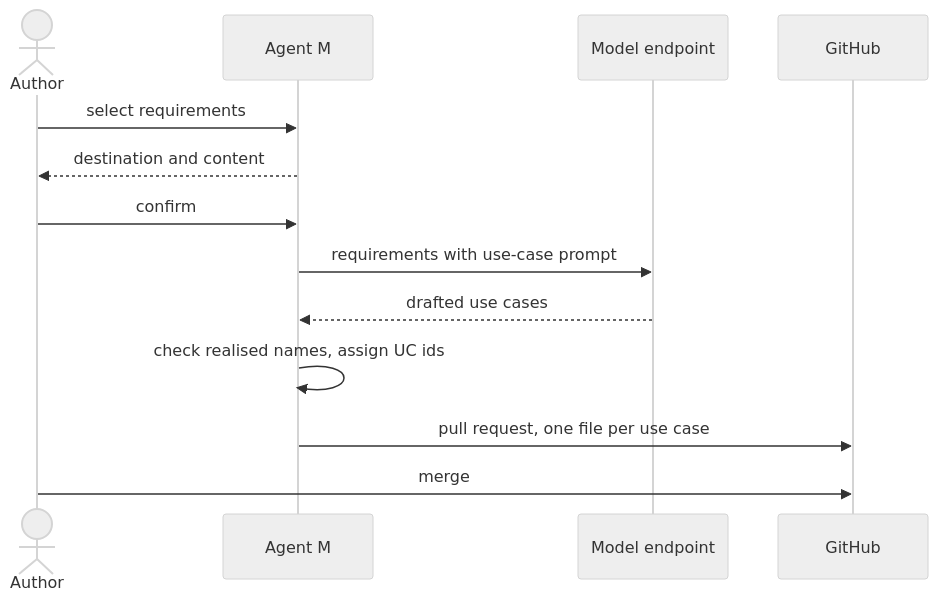
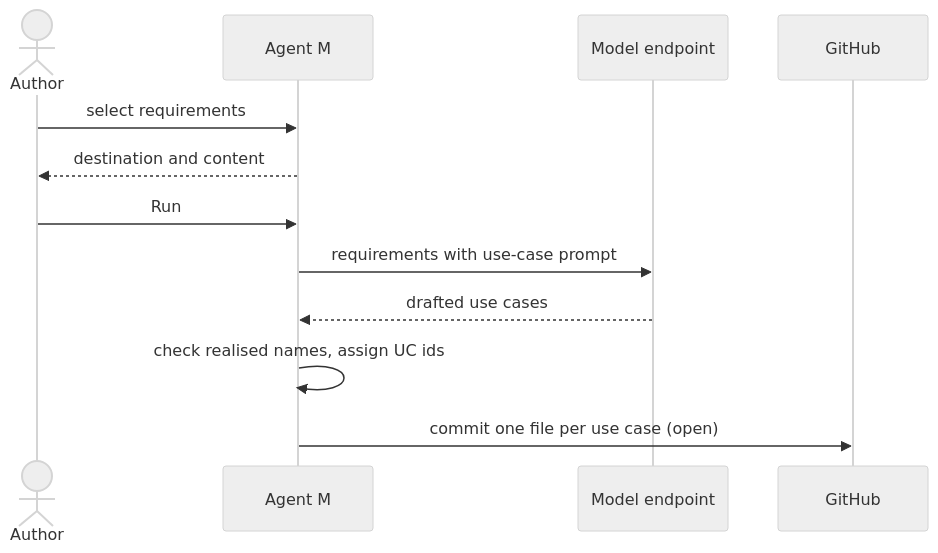
Before and after one commit to akmaier/agent-m: the diagram in docs/use-cases/UC-007-derive-use-cases-from-requirements.md, drawn with Mermaid (neutral theme). The commit also changed other lines of this file and 11 other files, not shown here.

First line of the commit message:
docs(use-cases): one click per decision; guided token setup; setup automated

````diff
--- a/docs/use-cases/UC-007-derive-use-cases-from-requirements.md
+++ b/docs/use-cases/UC-007-derive-use-cases-from-requirements.md
@@ -47,15 +49,14 @@
 ```mermaid
 sequenceDiagram
     actor A as Author
     participant M as Agent M
     participant E as Model endpoint
     participant G as GitHub
     A->>M: select requirements
     M-->>A: destination and content
-    A->>M: confirm
+    A->>M: Run
     M->>E: requirements with use-case prompt
     E-->>M: drafted use cases
     M->>M: check realised names, assign UC ids
-    M->>G: pull request, one file per use case
-    A->>G: merge
+    M->>G: commit one file per use case (open)
 ```
````
